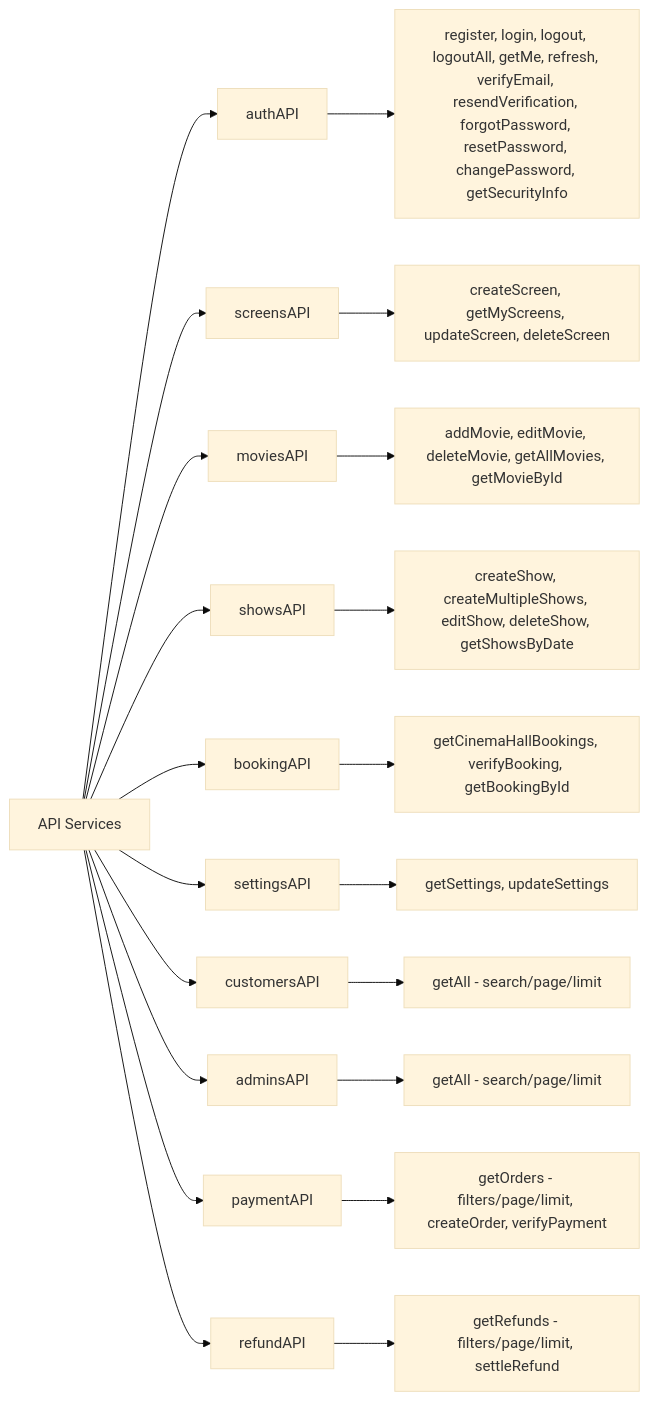
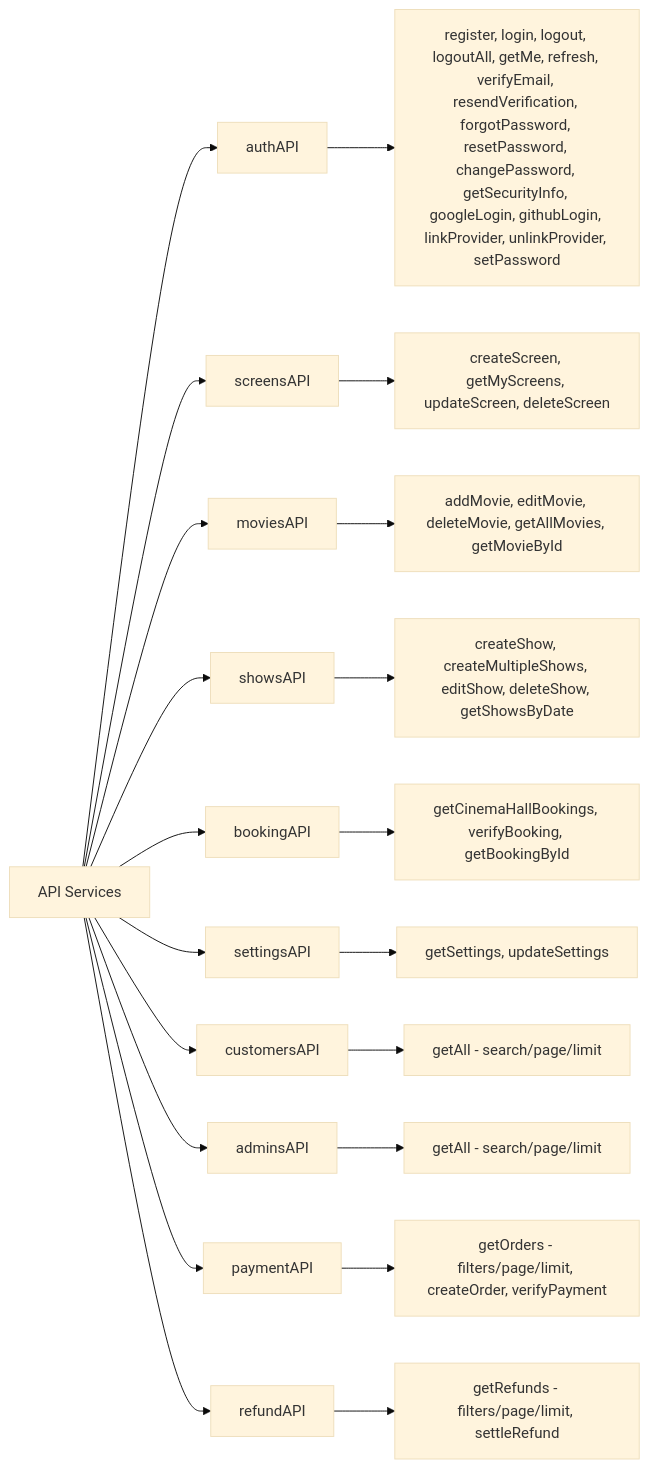
One commit to hduraimurugan/cinema-app-docs changed diagram 12 of 17 in admin.md. Above: the diagram before and after it, drawn with Mermaid (base theme). The commit also changed other lines of this file and 3 other files, not shown here.

Commit message:
feat: implement Google and GitHub OAuth authentication flows in user and admin documentation

````diff
--- a/admin.md
+++ b/admin.md
@@ -1607,24 +1633,24 @@
 ```mermaid
 graph LR
     A[API Services] --> B[authAPI]
     A --> C[screensAPI]
     A --> D[moviesAPI]
     A --> E[showsAPI]
     A --> F[bookingAPI]
     A --> G2[settingsAPI]
     A --> G3[customersAPI]
     A --> G4[adminsAPI]
     A --> G5[paymentAPI]
     A --> G6[refundAPI]
 
-    B --> G[register, login, logout, logoutAll, getMe, refresh, verifyEmail, resendVerification, forgotPassword, resetPassword, changePassword, getSecurityInfo]
+    B --> G[register, login, logout, logoutAll, getMe, refresh, verifyEmail, resendVerification, forgotPassword, resetPassword, changePassword, getSecurityInfo, googleLogin, githubLogin, linkProvider, unlinkProvider, setPassword]
     C --> H[createScreen, getMyScreens, updateScreen, deleteScreen]
     D --> I[addMovie, editMovie, deleteMovie, getAllMovies, getMovieById]
     E --> J[createShow, createMultipleShows, editShow, deleteShow, getShowsByDate]
     F --> K[getCinemaHallBookings, verifyBooking, getBookingById]
     G2 --> L[getSettings, updateSettings]
     G3 --> M[getAll - search/page/limit]
     G4 --> N[getAll - search/page/limit]
     G5 --> O[getOrders - filters/page/limit, createOrder, verifyPayment]
     G6 --> P[getRefunds - filters/page/limit, settleRefund]
 ```
````
